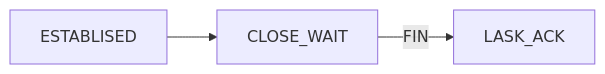
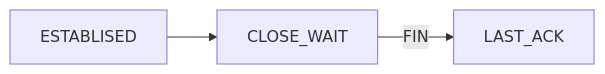
One commit to kangzr/Linux-C-Learn changed the second of 4 diagrams in 网络服务相关/计算机网络基础.md. Above: the diagram before and after it, drawn with Mermaid. The commit also changed other lines of this file and 16 other files, not shown here.

````diff
--- a/网络服务相关/计算机网络基础.md
+++ b/网络服务相关/计算机网络基础.md
@@ -298,4 +298,4 @@
 ```mermaid
 graph LR;
-ESTABLISED-->CLOSE_WAIT--FIN-->LASK_ACK
+ESTABLISED-->CLOSE_WAIT--FIN-->LAST_ACK
 ```
````
